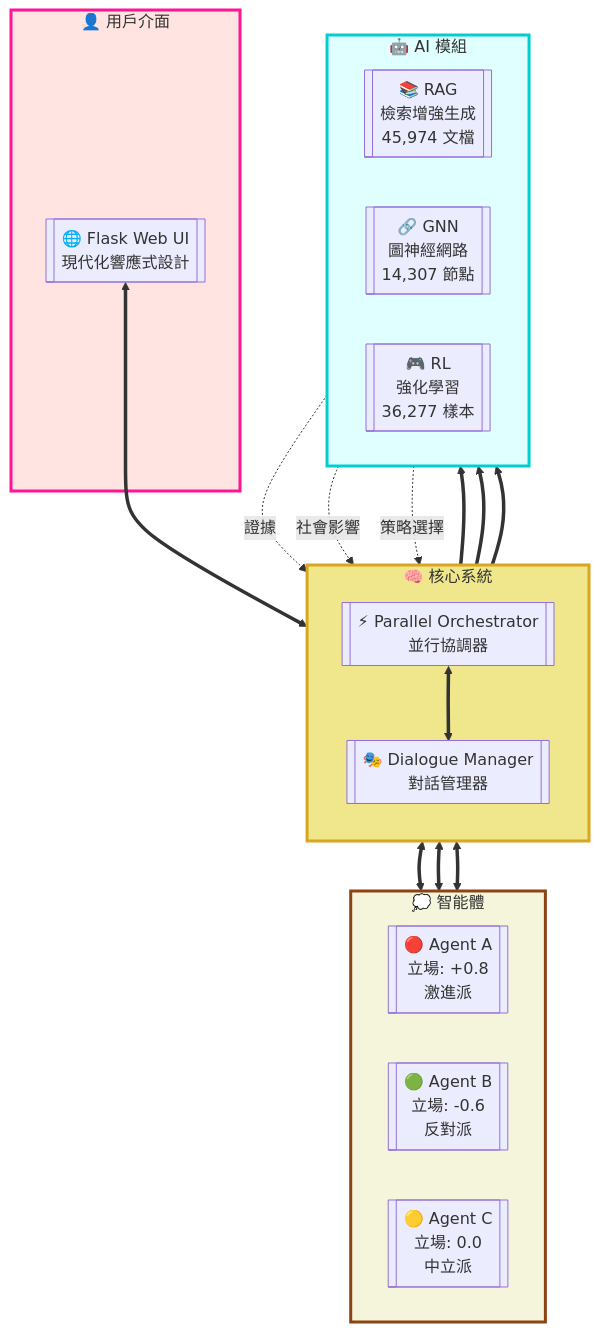
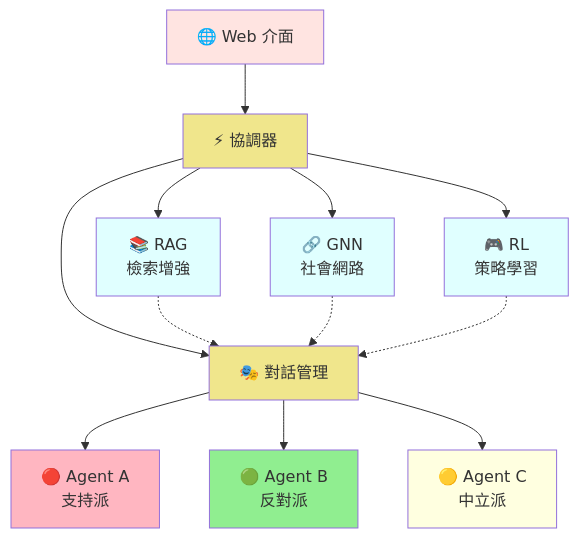
One commit to AluminumShark/Social_Debate_AI changed the diagram in README.md. Above: the diagram before and after it, drawn with Mermaid.

````diff
--- a/README.md
+++ b/README.md
@@ -21,40 +21,27 @@
 ```mermaid
-flowchart TB
-    subgraph User["👤 用戶介面"]
-        UI[["🌐 Flask Web UI<br/>現代化響應式設計"]]
-    end
+flowchart TD
+    UI[🌐 Web 介面] --> O[⚡ 協調器]
+    O --> DM[🎭 對話管理]
     
-    subgraph Core["🧠 核心系統"]
-        direction TB
-        PO[["⚡ Parallel Orchestrator<br/>並行協調器"]]
-        DM[["🎭 Dialogue Manager<br/>對話管理器"]]
-    end
+    O --> RAG[📚 RAG<br/>檢索增強]
+    O --> GNN[🔗 GNN<br/>社會網路]
+    O --> RL[🎮 RL<br/>策略學習]
     
-    subgraph AI["🤖 AI 模組"]
-        direction LR
-        RAG[["📚 RAG<br/>檢索增強生成<br/>45,974 文檔"]]
-        GNN[["🔗 GNN<br/>圖神經網路<br/>14,307 節點"]]
-        RL[["🎮 RL<br/>強化學習<br/>36,277 樣本"]]
-    end
+    DM --> A[🔴 Agent A<br/>支持派]
+    DM --> B[🟢 Agent B<br/>反對派]
+    DM --> C[🟡 Agent C<br/>中立派]
     
-    subgraph Agents["💭 智能體"]
-        direction LR
-        A[["🔴 Agent A<br/>立場: +0.8<br/>激進派"]]
-        B[["🟢 Agent B<br/>立場: -0.6<br/>反對派"]]
-        C[["🟡 Agent C<br/>立場: 0.0<br/>中立派"]]
-    end
+    RAG -.-> DM
+    GNN -.-> DM
+    RL -.-> DM
     
-    UI <==> PO
-    PO <==> DM
-    PO ==> RAG & GNN & RL
-    DM <==> A & B & C
-    
-    RAG -.->|證據| DM
-    GNN -.->|社會影響| DM
-    RL -.->|策略選擇| DM
-    
-    style User fill:#FFE4E1,stroke:#FF1493,stroke-width:3px
-    style Core fill:#F0E68C,stroke:#DAA520,stroke-width:3px
-    style AI fill:#E0FFFF,stroke:#00CED1,stroke-width:3px
-    style Agents fill:#F5F5DC,stroke:#8B4513,stroke-width:3px
+    style UI fill:#FFE4E1
+    style O fill:#F0E68C
+    style DM fill:#F0E68C
+    style RAG fill:#E0FFFF
+    style GNN fill:#E0FFFF
+    style RL fill:#E0FFFF
+    style A fill:#FFB6C1
+    style B fill:#90EE90
+    style C fill:#FFFFE0
 ```
````
